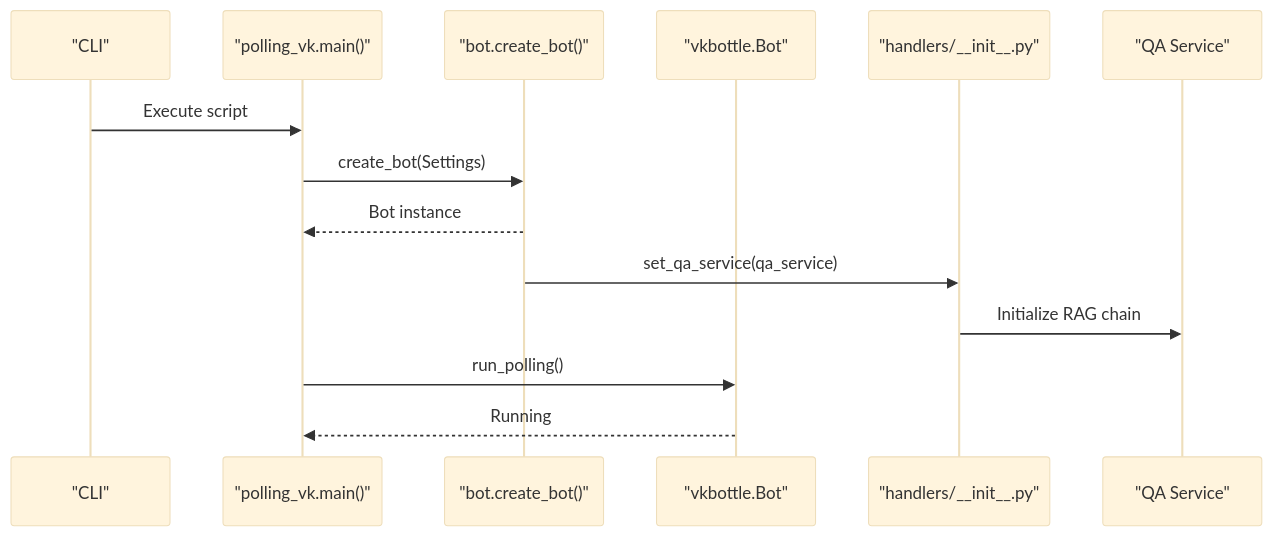
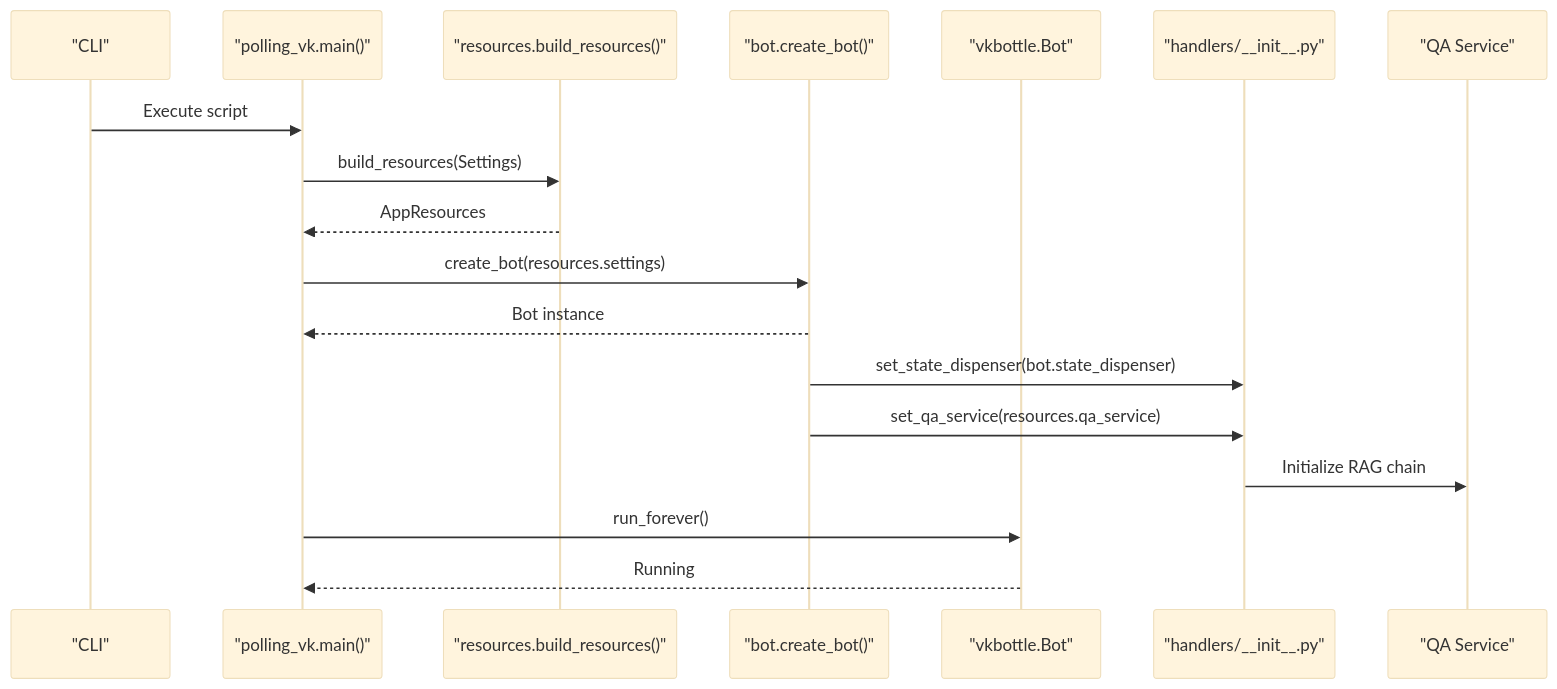
Diagram 11 of 12 in .qoder/repowiki/en/content/VK Integration/VK Integration.md (ognelis/cafetera_hr_bot), drawn with Mermaid (base theme) before and after one commit. The commit also changed other lines of this file and 14 other files, not shown here.

````diff
--- a/.qoder/repowiki/en/content/VK Integration/VK Integration.md
+++ b/.qoder/repowiki/en/content/VK Integration/VK Integration.md
@@ -484,16 +603,20 @@
 ```mermaid
 sequenceDiagram
 participant CLI as "CLI"
 participant Runner as "polling_vk.main()"
+participant Resources as "resources.build_resources()"
 participant Factory as "bot.create_bot()"
 participant Bot as "vkbottle.Bot"
 participant Utils as "handlers/__init__.py"
 participant QA as "QA Service"
 CLI->>Runner : Execute script
-Runner->>Factory : create_bot(Settings)
+Runner->>Resources : build_resources(Settings)
+Resources-->>Runner : AppResources
+Runner->>Factory : create_bot(resources.settings)
 Factory-->>Runner : Bot instance
-Factory->>Utils : set_qa_service(qa_service)
+Factory->>Utils : set_state_dispenser(bot.state_dispenser)
+Factory->>Utils : set_qa_service(resources.qa_service)
 Utils->>QA : Initialize RAG chain
-Runner->>Bot : run_polling()
+Runner->>Bot : run_forever()
 Bot-->>Runner : Running
 ```
````
